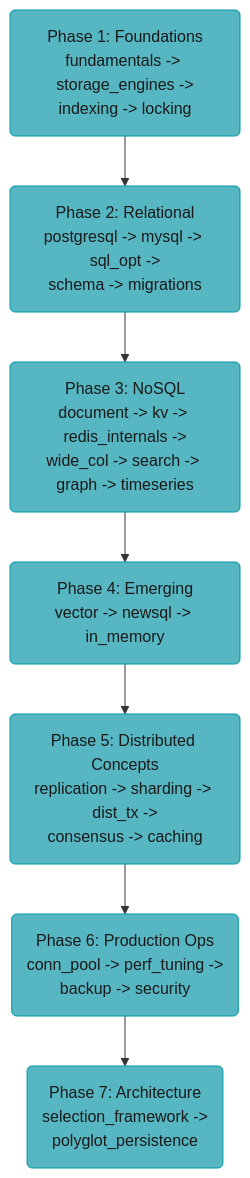
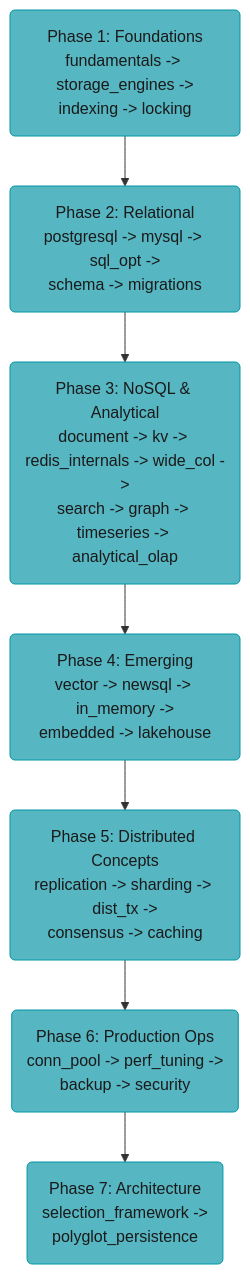
The diagram in src/main/java/com/rutik/systemdesign/database/README.md (rppol/system-design), drawn with Mermaid before and after one commit. The commit also changed other lines of this file and 10 other files, not shown here.

````diff
--- a/src/main/java/com/rutik/systemdesign/database/README.md
+++ b/src/main/java/com/rutik/systemdesign/database/README.md
@@ -106,22 +111,22 @@
 ```mermaid
 flowchart TD
     classDef io      fill:#61afef,stroke:#2e86c1,color:#1a1a1a,font-weight:bold
     classDef frozen  fill:#c678dd,stroke:#9b59b6,color:#fff
     classDef train   fill:#98c379,stroke:#27ae60,color:#1a1a1a
     classDef mathOp  fill:#d19a66,stroke:#e67e22,color:#1a1a1a,font-weight:bold
     classDef lossN   fill:#e06c75,stroke:#c0392b,color:#fff,font-weight:bold
     classDef req     fill:#56b6c2,stroke:#0097a7,color:#1a1a1a
     classDef base    fill:#e5c07b,stroke:#f39c12,color:#1a1a1a
 
     p1("Phase 1: Foundations<br/>fundamentals -&gt; storage_engines -&gt;<br/>indexing -&gt; locking")
     p2("Phase 2: Relational<br/>postgresql -&gt; mysql -&gt; sql_opt -&gt;<br/>schema -&gt; migrations")
-    p3("Phase 3: NoSQL<br/>document -&gt; kv -&gt; redis_internals -&gt;<br/>wide_col -&gt; search -&gt; graph -&gt; timeseries")
-    p4("Phase 4: Emerging<br/>vector -&gt; newsql -&gt; in_memory")
+    p3("Phase 3: NoSQL &amp; Analytical<br/>document -&gt; kv -&gt; redis_internals -&gt; wide_col -&gt;<br/>search -&gt; graph -&gt; timeseries -&gt; analytical_olap")
+    p4("Phase 4: Emerging<br/>vector -&gt; newsql -&gt; in_memory -&gt;<br/>embedded -&gt; lakehouse")
     p5("Phase 5: Distributed Concepts<br/>replication -&gt; sharding -&gt; dist_tx -&gt;<br/>consensus -&gt; caching")
     p6("Phase 6: Production Ops<br/>conn_pool -&gt; perf_tuning -&gt;<br/>backup -&gt; security")
     p7("Phase 7: Architecture<br/>selection_framework -&gt;<br/>polyglot_persistence")
 
     p1 --> p2 --> p3 --> p4 --> p5 --> p6 --> p7
 
     class p1,p2,p3,p4,p5,p6,p7 req
 ```
````
